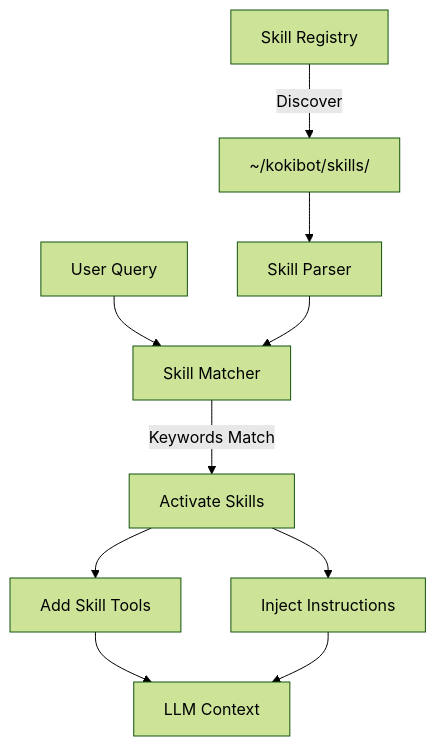
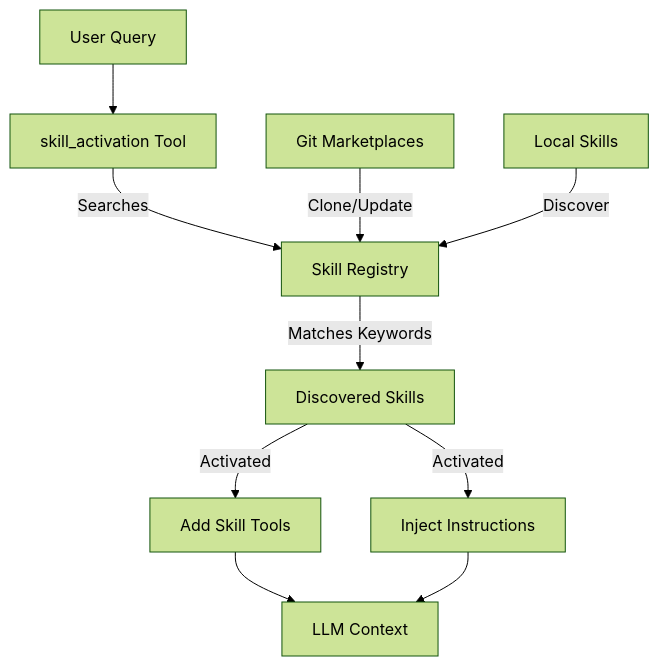
Before and after one commit to wutsi/kokibot: the eighth of 14 diagrams in ARCHITECTURE.md, drawn with Mermaid (forest theme). The commit also changed other lines of this file and 6 other files, not shown here.

````diff
--- a/ARCHITECTURE.md
+++ b/ARCHITECTURE.md
@@ -294,13 +525,13 @@
 ```mermaid
 graph TB
-    User[User Query] --> Matcher[Skill Matcher]
-    Matcher -->|Keywords Match| Activate[Activate Skills]
-    Activate --> Tools[Add Skill Tools]
-    Activate --> Instructions[Inject Instructions]
+    User[User Query] --> Activation[skill_activation Tool]
+    Activation -->|Searches| Registry[Skill Registry]
+    Registry -->|Matches Keywords| Skills[Discovered Skills]
+    Skills -->|Activated| Tools[Add Skill Tools]
+    Skills -->|Activated| Instructions[Inject Instructions]
     Tools --> LLM[LLM Context]
     Instructions --> LLM
     
-    Registry[Skill Registry] -->|Discover| Skills[~/kokibot/skills/]
-    Skills --> Parser[Skill Parser]
-    Parser --> Matcher
+    Marketplaces[Git Marketplaces] -->|Clone/Update| Registry
+    LocalSkills[Local Skills] -->|Discover| Registry
 ```
````
